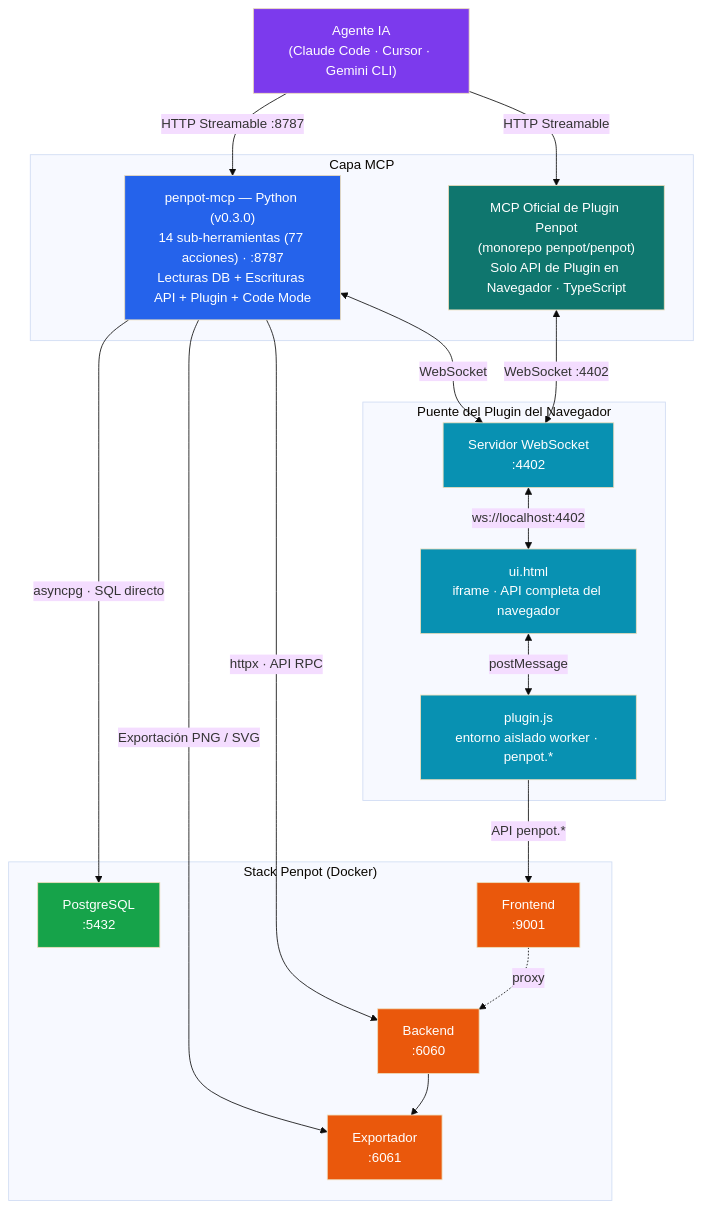
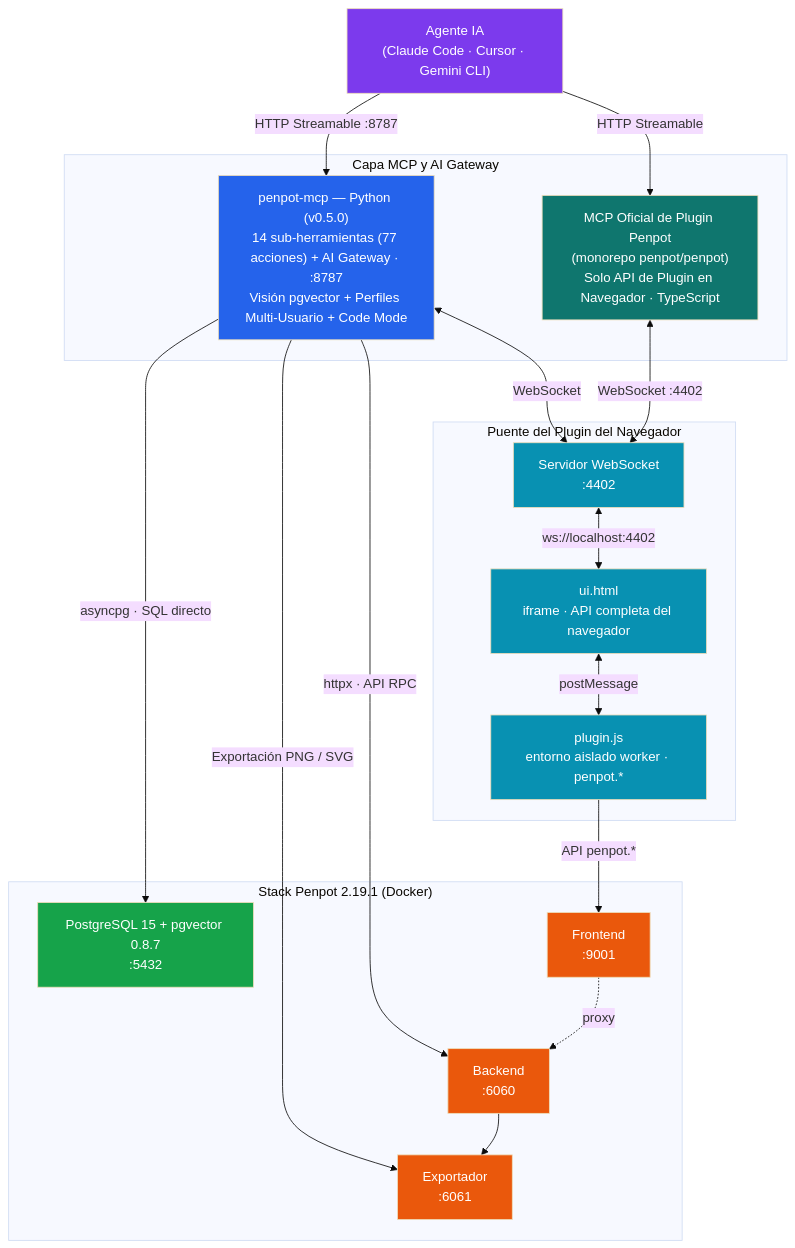
Before and after one commit to ancrz/penpot-mcp-server: the third of 3 diagrams in README.es-ES.md, drawn with Mermaid (base theme). The commit also changed other lines of this file and 7 other files, not shown here.

Commit message:
docs(readme,docs): update v0.5.0 docs, Mermaid diagrams, tech stack, and untrack docs/*.md ignore

````diff
--- a/README.es-ES.md
+++ b/README.es-ES.md
@@ -63,49 +91,49 @@
 ```mermaid
 graph TB
     AI["Agente IA\n(Claude Code · Cursor · Gemini CLI)"]
 
-    subgraph SERVERS["Capa MCP"]
-        MCP["penpot-mcp — Python (v0.3.0)\n14 sub-herramientas (77 acciones) · :8787\nLecturas DB + Escrituras API + Plugin + Code Mode"]
+    subgraph SERVERS["Capa MCP y AI Gateway"]
+        MCP["penpot-mcp — Python (v0.5.0)\n14 sub-herramientas (77 acciones) + AI Gateway · :8787\nVisión pgvector + Perfiles Multi-Usuario + Code Mode"]
         OMCP["MCP Oficial de Plugin Penpot\n(monorepo penpot/penpot)\nSolo API de Plugin en Navegador · TypeScript"]
     end
 
-    subgraph PENPOT["Stack Penpot (Docker)"]
-        PG["PostgreSQL\n:5432"]
+    subgraph PENPOT["Stack Penpot 2.19.1 (Docker)"]
+        PG["PostgreSQL 15 + pgvector 0.8.7\n:5432"]
         BE["Backend\n:6060"]
         FE["Frontend\n:9001"]
         EX["Exportador\n:6061"]
     end
 
     subgraph BRIDGE["Puente del Plugin del Navegador"]
         WS["Servidor WebSocket\n:4402"]
         UI["ui.html\niframe · API completa del navegador"]
         PJ["plugin.js\nentorno aislado worker · penpot.*"]
     end
 
     AI -->|"HTTP Streamable :8787"| MCP
     AI -->|"HTTP Streamable"| OMCP
 
     MCP -->|"asyncpg · SQL directo"| PG
     MCP -->|"httpx · API RPC"| BE
     MCP -->|"Exportación PNG / SVG"| EX
     MCP <-->|"WebSocket"| WS
 
     OMCP <-->|"WebSocket :4402"| WS
 
     WS <-->|"ws://localhost:4402"| UI
     UI <-->|"postMessage"| PJ
     PJ -->|"API penpot.*"| FE
     FE -.->|"proxy"| BE
     BE --> EX
 
     style AI fill:#7c3aed,color:#fff
     style MCP fill:#2563eb,color:#fff
     style OMCP fill:#0f766e,color:#fff
     style PG fill:#16a34a,color:#fff
     style BE fill:#ea580c,color:#fff
     style FE fill:#ea580c,color:#fff
     style EX fill:#ea580c,color:#fff
     style WS fill:#0891b2,color:#fff
     style UI fill:#0891b2,color:#fff
     style PJ fill:#0891b2,color:#fff
 ```
````
